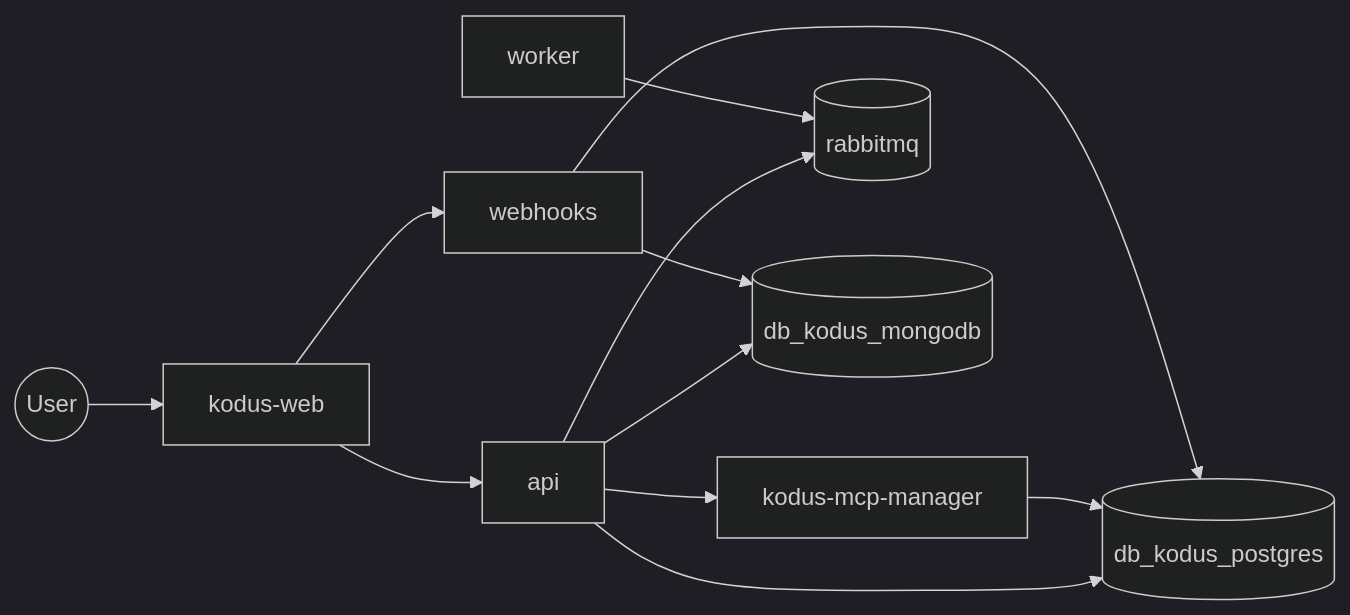
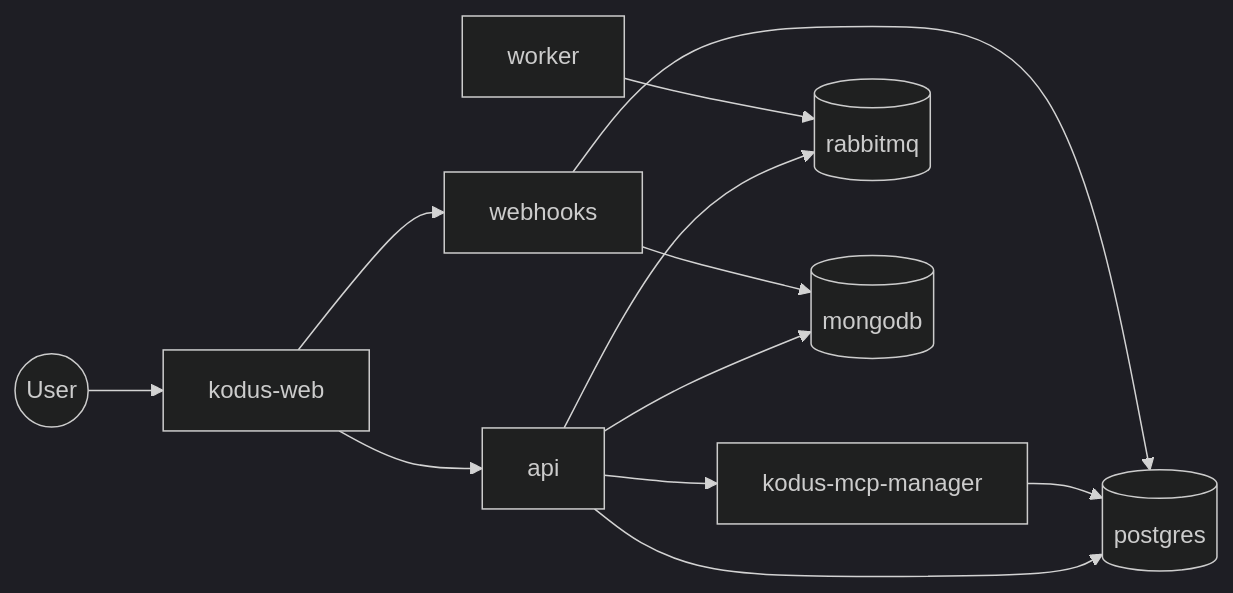
Before and after one commit to kodustech/kodus-installer: the diagram in readme.md, drawn with Mermaid (dark theme). The commit also changed other lines of this file and 15 other files, not shown here.

First line of the commit message:
Feat/helm charts k8s openshift (#34)

````diff
--- a/readme.md
+++ b/readme.md
@@ -92,14 +30,14 @@
 ```mermaid
 flowchart LR
   user((User)) --> web[kodus-web]
   web --> api[api]
   web --> webhooks[webhooks]
   api --> mcp[kodus-mcp-manager]
   api --> rabbitmq[(rabbitmq)]
   worker[worker] --> rabbitmq
-  api --> pg[(db_kodus_postgres)]
-  api --> mongo[(db_kodus_mongodb)]
+  api --> pg[(postgres)]
+  api --> mongo[(mongodb)]
   mcp --> pg
   webhooks --> pg
   webhooks --> mongo
 ```
````
